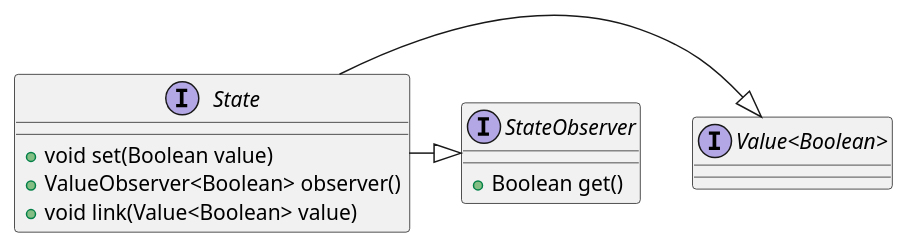
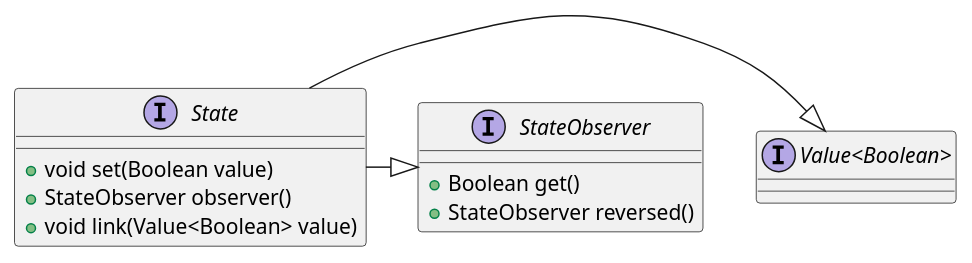
One commit to codion-is/codion changed the third of 3 diagrams in documentation/src/docs/asciidoc/manual/common-core.adoc. Above: the diagram before and after it, drawn with PlantUML. The commit also changed 3 other files, not shown here.

```diff
--- a/documentation/src/docs/asciidoc/manual/common-core.adoc
+++ b/documentation/src/docs/asciidoc/manual/common-core.adoc
@@ -92,19 +92,20 @@
 [plantuml, state-diagram, svg, align=center]
 -------------------------------------------
 skinparam genericDisplay old
 
 interface State {
     +void set(Boolean value)
-    +ValueObserver<Boolean> observer()
+    +StateObserver observer()
     +void link(Value<Boolean> value)
 }
 
 interface StateObserver {
     +Boolean get()
+    +StateObserver reversed()
 }
 
 interface Value<Boolean> {}
 
 State -|> Value
 State -|> StateObserver
 -------------------------------------------
```
